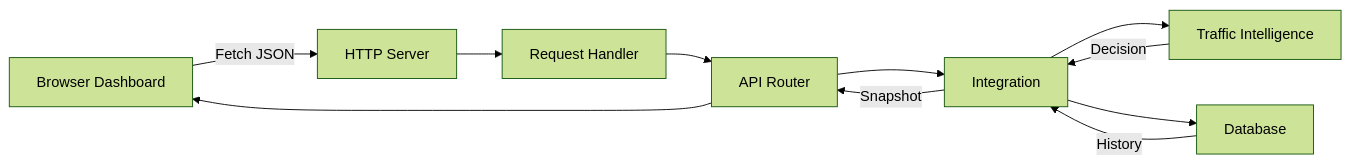
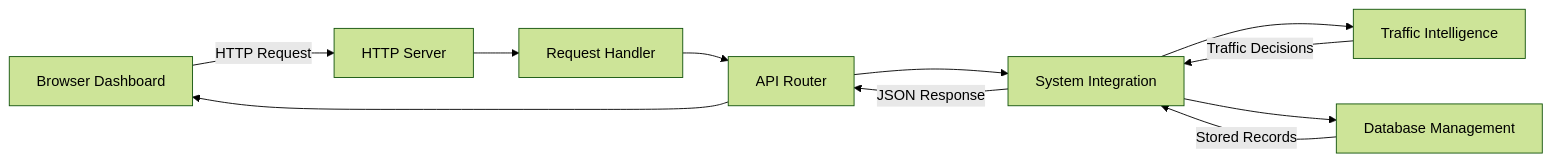
One commit to palakbisht12/adaptive-traffic-managment-system changed the first of 2 diagrams in README.md. Above: the diagram before and after it, drawn with Mermaid (forest theme). The commit also changed other lines of this file, not shown here.

````diff
--- a/README.md
+++ b/README.md
@@ -67,13 +73,13 @@
 ```mermaid
 flowchart LR
-    A[Browser Dashboard] -->|Fetch JSON| B[HTTP Server]
+    A[Browser Dashboard] -->|HTTP Request| B[HTTP Server]
     B --> C[Request Handler]
     C --> D[API Router]
-    D --> E[Integration]
+    D --> E[System Integration]
     E --> F[Traffic Intelligence]
-    E --> G[Database]
-    F -->|Decision| E
-    G -->|History| E
-    E -->|Snapshot| D
+    E --> G[Database Management]
+    F -->|Traffic Decisions| E
+    G -->|Stored Records| E
+    E -->|JSON Response| D
     D --> A
 ```
````
